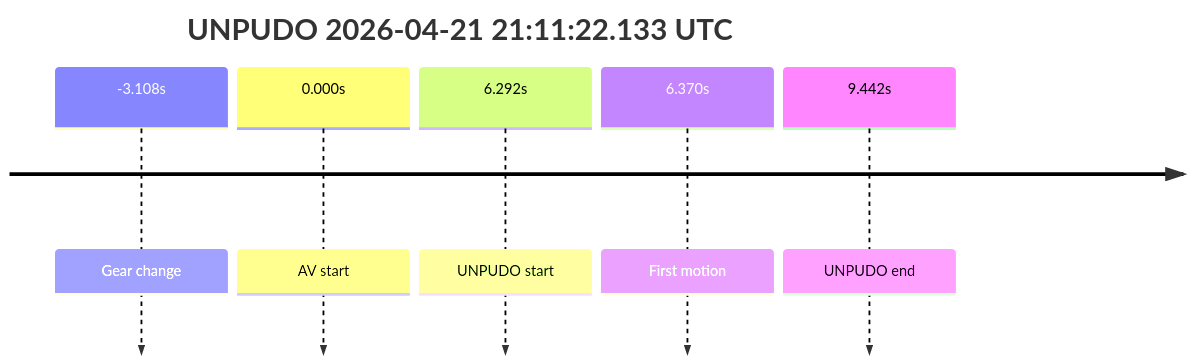
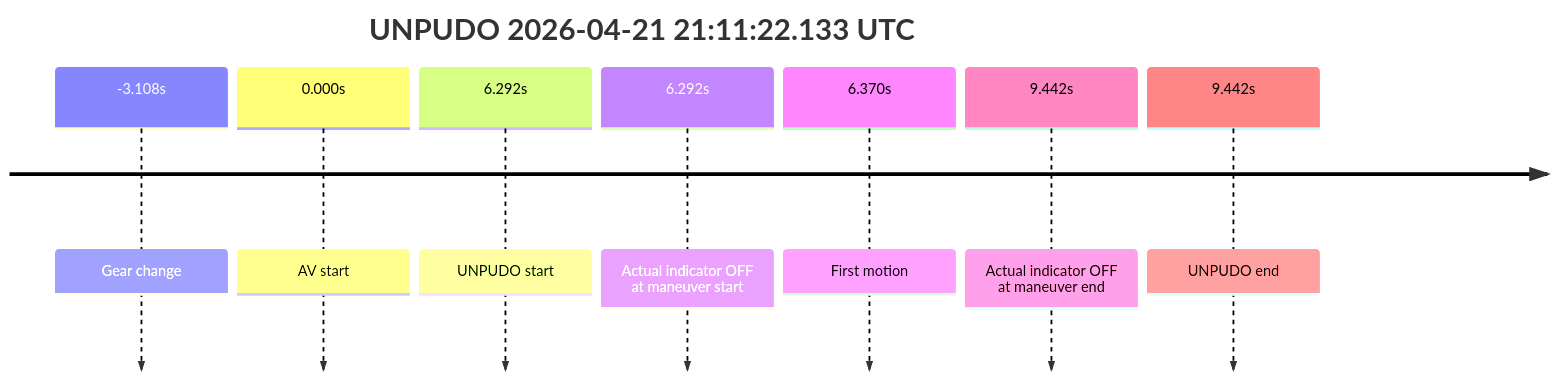
One commit to yoelshapiro/vault changed the fourth of 5 diagrams in model_analysis/report_cards/2026/04/Week-4/fme20009--2026-04-21--20-53-31--gen2-av-c485ff0d-599e-495f-bee7-17c4a854ab52.md. Above: the diagram before and after it, drawn with Mermaid. The commit also changed other lines of this file and 4 other files, not shown here.

````diff
--- a/model_analysis/report_cards/2026/04/Week-4/fme20009--2026-04-21--20-53-31--gen2-av-c485ff0d-599e-495f-bee7-17c4a854ab52.md
+++ b/model_analysis/report_cards/2026/04/Week-4/fme20009--2026-04-21--20-53-31--gen2-av-c485ff0d-599e-495f-bee7-17c4a854ab52.md
@@ -209,9 +257,11 @@
 ```mermaid
 timeline
     title UNPUDO 2026-04-21 21:11:22.133 UTC
     -3.108s : Gear change
     0.000s : AV start
     6.292s : UNPUDO start
+    6.292s : Actual indicator OFF at maneuver start
     6.370s : First motion
+    9.442s : Actual indicator OFF at maneuver end
     9.442s : UNPUDO end
 ```
````
